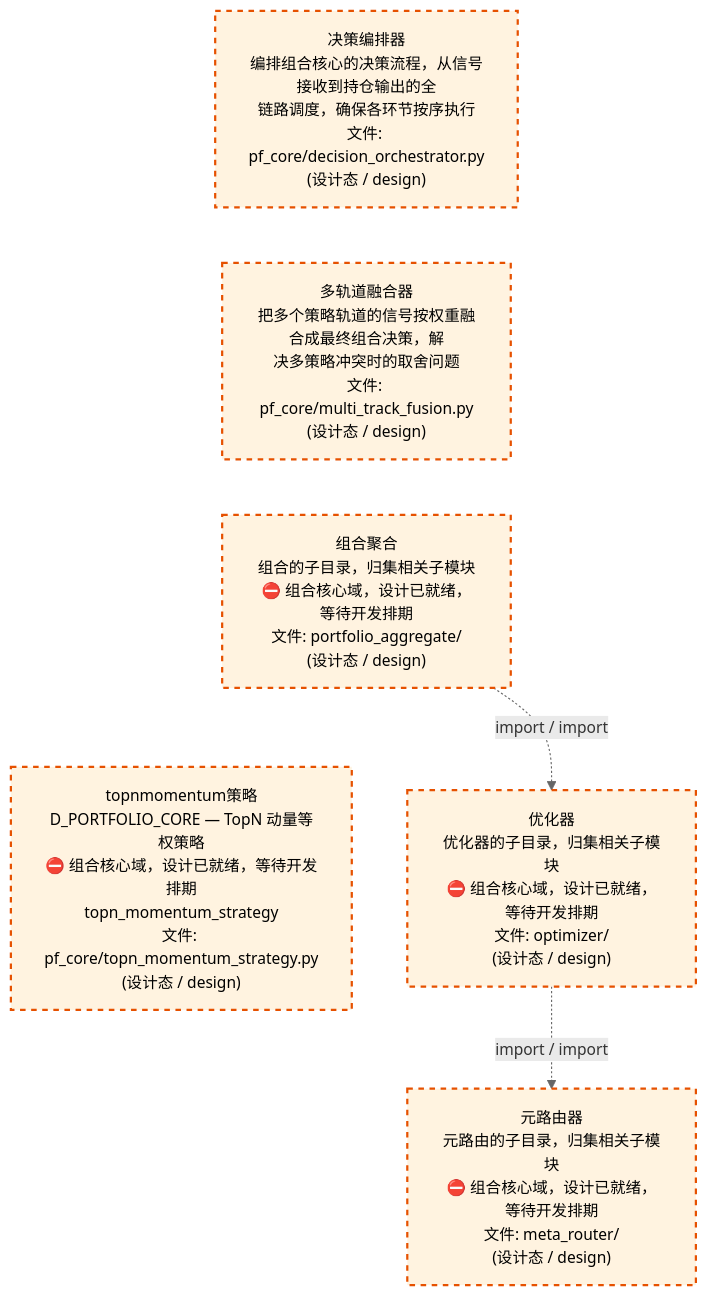
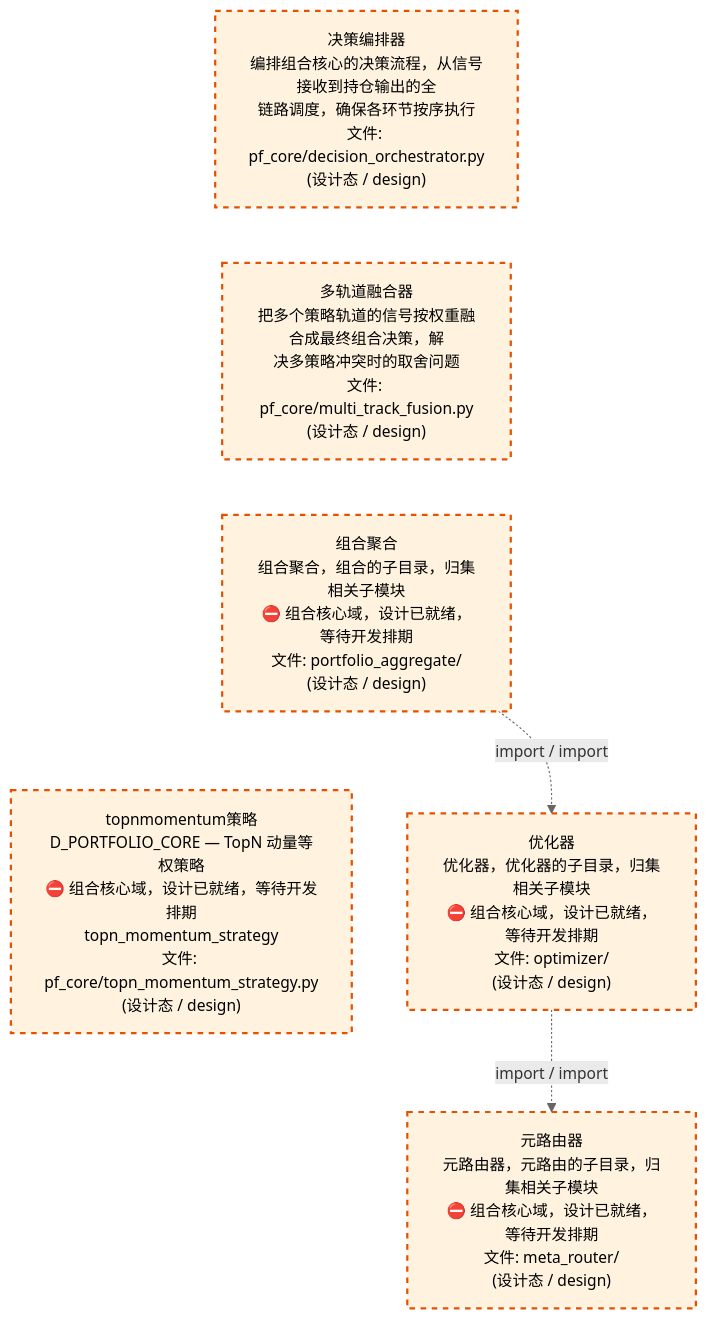
Before and after one commit to xuanFelixVan/ZephyrAlpha: the third of 4 diagrams in docs/02_enterprise_architecture/02_domain_architecture_docs/63_d_pf_core.md, drawn with Mermaid. The commit also changed other lines of this file and 63 other files, not shown here.

````diff
--- a/docs/02_enterprise_architecture/02_domain_architecture_docs/63_d_pf_core.md
+++ b/docs/02_enterprise_architecture/02_domain_architecture_docs/63_d_pf_core.md
@@ -180,20 +180,20 @@
 ```mermaid
 %%{init: {'theme': 'base', 'themeVariables': {'primaryColor': '#eaeaea', 'primaryTextColor': '#333333', 'primaryBorderColor': '#666666', 'lineColor': '#666666', 'secondaryColor': '#eaeaea', 'tertiaryColor': '#eaeaea', 'fontSize': '14px'}}}%%
 flowchart TD
     src_zephyr_pf_core_decision_orchestrator_py["决策编排器<br/>编排组合核心的决策流程，从信号接收到持仓输出的全<br/>链路调度，确保各环节按序执行<br/>文件: pf_core/decision_orchestrator.py<br/>(设计态 / design)"]
     src_zephyr_pf_core_multi_track_fusion_py["多轨道融合器<br/>把多个策略轨道的信号按权重融合成最终组合决策，解<br/>决多策略冲突时的取舍问题<br/>文件: pf_core/multi_track_fusion.py<br/>(设计态 / design)"]
-    src_zephyr_pf_core_portfolio_aggregate["组合聚合<br/>组合的子目录，归集相关子模块<br/>⛔ 组合核心域，设计已就绪，等待开发排期<br/>文件: portfolio_aggregate/<br/>(设计态 / design)"]
+    src_zephyr_pf_core_portfolio_aggregate["组合聚合<br/>组合聚合，组合的子目录，归集相关子模块<br/>⛔ 组合核心域，设计已就绪，等待开发排期<br/>文件: portfolio_aggregate/<br/>(设计态 / design)"]
     src_zephyr_pf_core_topn_momentum_strategy_py["topnmomentum策略<br/>D_PORTFOLIO_CORE — TopN 动量等权策略<br/>⛔ 组合核心域，设计已就绪，等待开发排期<br/>topn_momentum_strategy<br/>文件: pf_core/topn_momentum_strategy.py<br/>(设计态 / design)"]
     src_zephyr_pf_core_decision_orchestrator_py ~~~ src_zephyr_pf_core_multi_track_fusion_py
     src_zephyr_pf_core_multi_track_fusion_py ~~~ src_zephyr_pf_core_portfolio_aggregate
     src_zephyr_pf_core_portfolio_aggregate ~~~ src_zephyr_pf_core_topn_momentum_strategy_py
-    src_zephyr_pf_core_optimizer["优化器<br/>优化器的子目录，归集相关子模块<br/>⛔ 组合核心域，设计已就绪，等待开发排期<br/>文件: optimizer/<br/>(设计态 / design)"]
-    src_zephyr_pf_core_meta_router["元路由器<br/>元路由的子目录，归集相关子模块<br/>⛔ 组合核心域，设计已就绪，等待开发排期<br/>文件: meta_router/<br/>(设计态 / design)"]
+    src_zephyr_pf_core_optimizer["优化器<br/>优化器，优化器的子目录，归集相关子模块<br/>⛔ 组合核心域，设计已就绪，等待开发排期<br/>文件: optimizer/<br/>(设计态 / design)"]
+    src_zephyr_pf_core_meta_router["元路由器<br/>元路由器，元路由的子目录，归集相关子模块<br/>⛔ 组合核心域，设计已就绪，等待开发排期<br/>文件: meta_router/<br/>(设计态 / design)"]
     src_zephyr_pf_core_optimizer -.->|import / import| src_zephyr_pf_core_meta_router
     src_zephyr_pf_core_portfolio_aggregate -.->|import / import| src_zephyr_pf_core_optimizer
     classDef production fill:#e1f5fe,stroke:#01579b,stroke-width:2px,color:#000
     classDef design fill:#fff3e0,stroke:#e65100,stroke-width:2px,color:#000,stroke-dasharray: 5 5
     classDef external_prod fill:#e8f4fd,stroke:#0277bd,stroke-width:1px,color:#000
     classDef external_design fill:#fff8e7,stroke:#ef6c00,stroke-width:1px,color:#000,stroke-dasharray: 5 5
     class src_zephyr_pf_core_decision_orchestrator_py,src_zephyr_pf_core_meta_router,src_zephyr_pf_core_multi_track_fusion_py,src_zephyr_pf_core_optimizer,src_zephyr_pf_core_portfolio_aggregate,src_zephyr_pf_core_topn_momentum_strategy_py design
 ```
````
